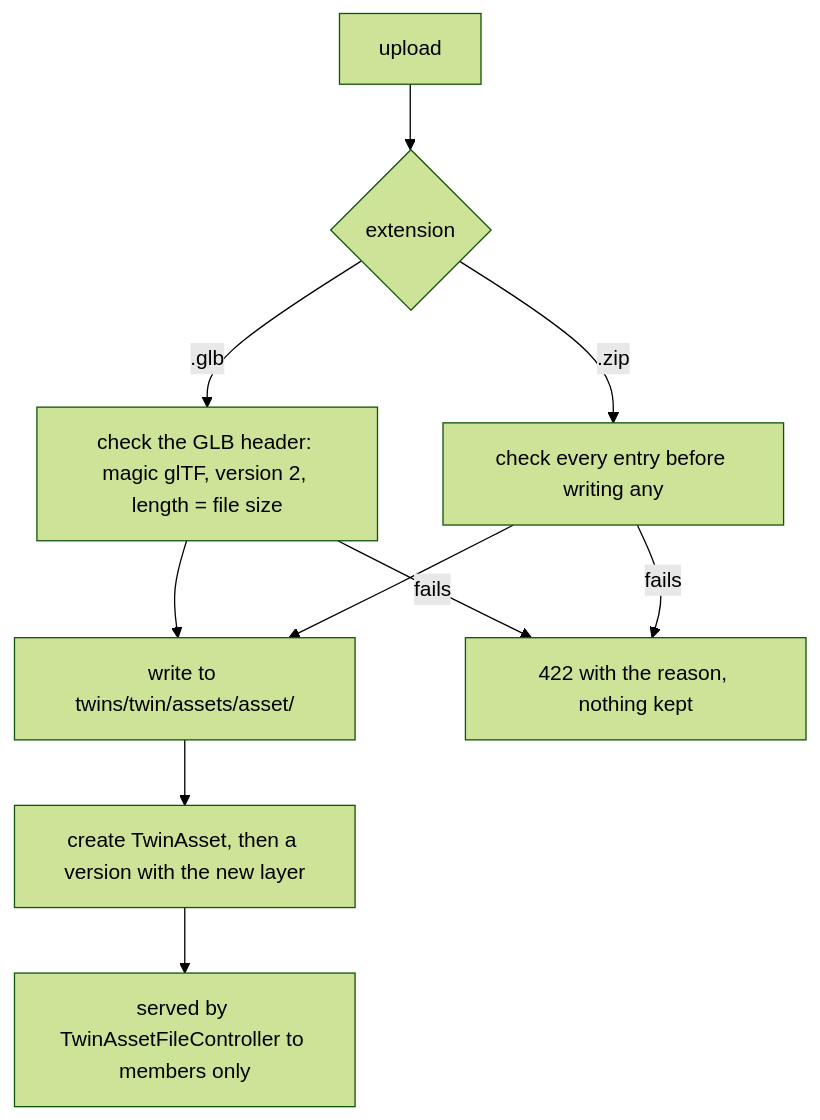
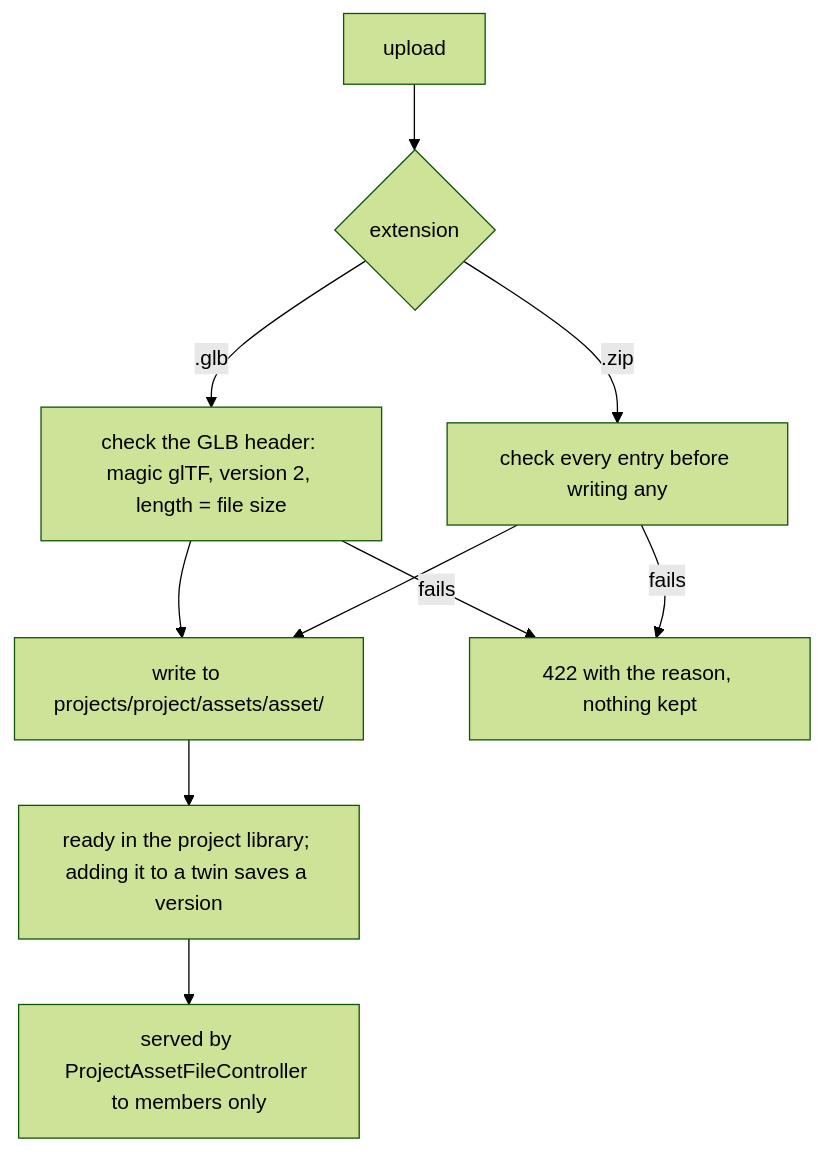
One commit to Jarryd-W-Hoffman/digital-twin changed the third of 5 diagrams in README.md. Above: the diagram before and after it, drawn with Mermaid (forest theme). The commit also changed other lines of this file and 47 other files, not shown here.

````diff
--- a/README.md
+++ b/README.md
@@ -171,12 +171,12 @@
 ```mermaid
 flowchart TD
   F[upload] --> X{extension}
   X -->|.glb| G[check the GLB header: magic glTF, version 2, length = file size]
   X -->|.zip| Z[check every entry before writing any]
-  G --> W[write to twins/twin/assets/asset/]
+  G --> W[write to projects/project/assets/asset/]
   Z --> W
-  W --> V[create TwinAsset, then a version with the new layer]
-  V --> R[served by TwinAssetFileController to members only]
+  W --> V[ready in the project library; adding it to a twin saves a version]
+  V --> R[served by ProjectAssetFileController to members only]
   G -->|fails| E[422 with the reason, nothing kept]
   Z -->|fails| E
 ```
````
